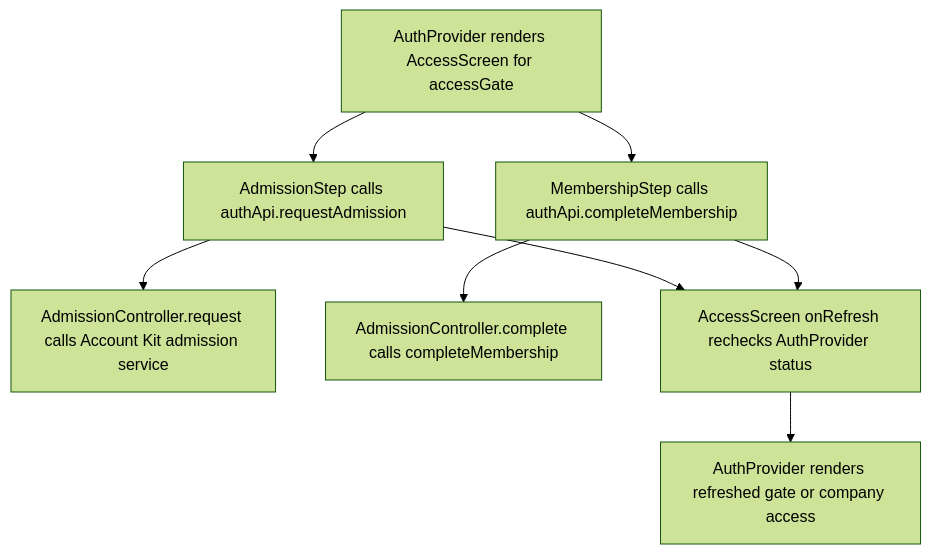
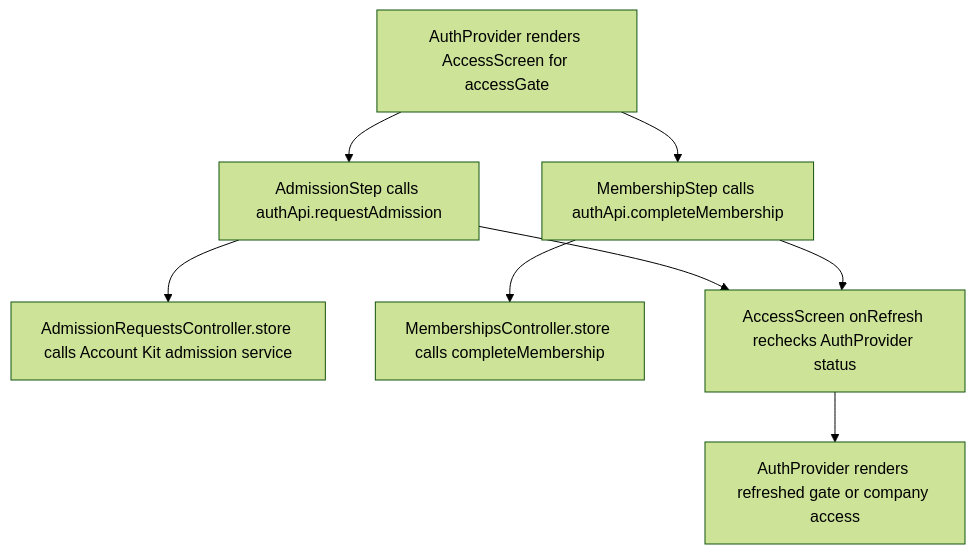
The second of 2 diagrams in user-stories/account/US-ACCOUNT-09-limited-access.md (Kevinjohn/capacitylens), drawn with Mermaid (forest theme) before and after one commit. The commit also changed other lines of this file and 139 other files, not shown here.

````diff
--- a/user-stories/account/US-ACCOUNT-09-limited-access.md
+++ b/user-stories/account/US-ACCOUNT-09-limited-access.md
@@ -32,10 +32,10 @@
 ```mermaid
 flowchart TD
   gate["AuthProvider renders AccessScreen for accessGate"] --> request["AdmissionStep calls authApi.requestAdmission"]
-  request --> kit["AdmissionController.request calls Account Kit admission service"]
+  request --> kit["AdmissionRequestsController.store calls Account Kit admission service"]
   gate --> join["MembershipStep calls authApi.completeMembership"]
-  join --> service["AdmissionController.complete calls completeMembership"]
+  join --> service["MembershipsController.store calls completeMembership"]
   request --> refresh["AccessScreen onRefresh rechecks AuthProvider status"]
   join --> refresh
   refresh --> outcome["AuthProvider renders refreshed gate or company access"]
 ```
````
